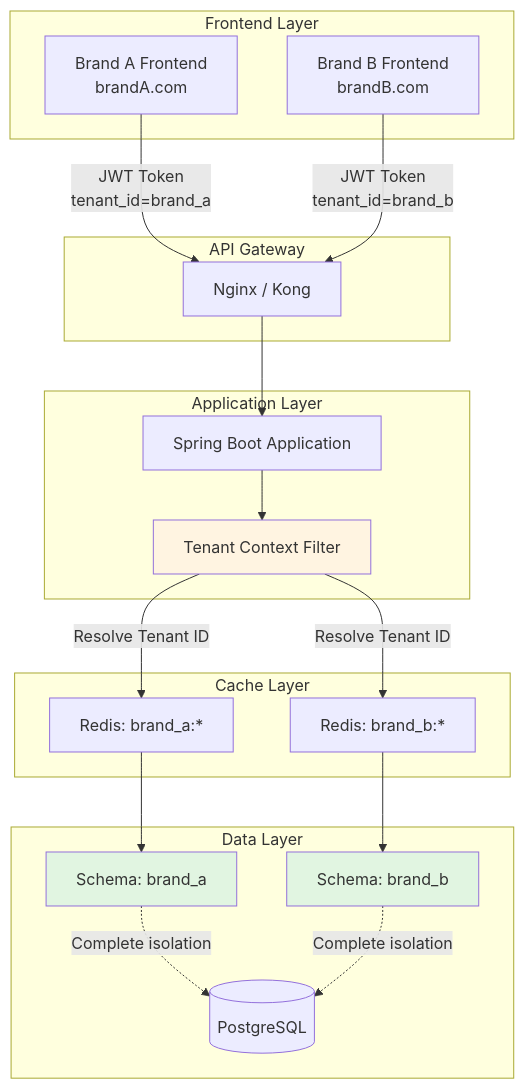
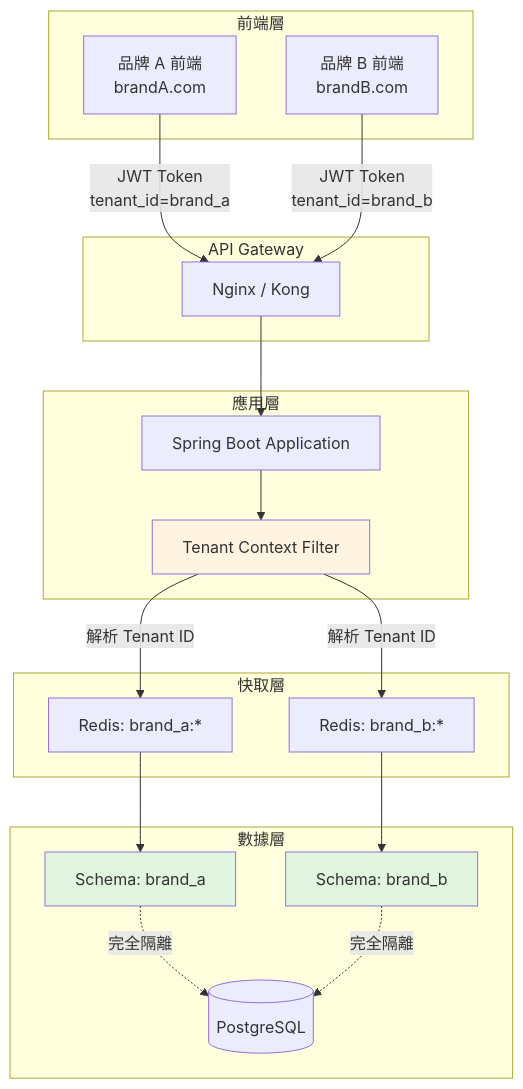
Before and after one commit to ron03wlb/smart-admin: the third of 3 diagrams in docs/iGaming/architecture/00_Overview/Business_Logic_Flows.md, drawn with Mermaid. The commit also changed other lines of this file, not shown here.

````diff
--- a/docs/iGaming/architecture/00_Overview/Business_Logic_Flows.md
+++ b/docs/iGaming/architecture/00_Overview/Business_Logic_Flows.md
@@ -530,46 +530,46 @@
 ```mermaid
 flowchart TD
-    subgraph "Frontend Layer"
-        A1[Brand A Frontend<br/>brandA.com]
-        A2[Brand B Frontend<br/>brandB.com]
+    subgraph "前端層"
+        A1[品牌 A 前端<br/>brandA.com]
+        A2[品牌 B 前端<br/>brandB.com]
     end
 
     subgraph "API Gateway"
         B[Nginx / Kong]
     end
 
-    subgraph "Application Layer"
+    subgraph "應用層"
         C[Spring Boot Application]
         D[Tenant Context Filter]
     end
 
-    subgraph "Cache Layer"
+    subgraph "快取層"
         E1[Redis: brand_a:*]
         E2[Redis: brand_b:*]
     end
 
-    subgraph "Data Layer"
+    subgraph "數據層"
         F[(PostgreSQL)]
         G[Schema: brand_a]
         H[Schema: brand_b]
     end
 
     A1 -->|JWT Token<br/>tenant_id=brand_a| B
     A2 -->|JWT Token<br/>tenant_id=brand_b| B
 
     B --> C
     C --> D
 
-    D -->|Resolve Tenant ID| E1
-    D -->|Resolve Tenant ID| E2
+    D -->|解析 Tenant ID| E1
+    D -->|解析 Tenant ID| E2
 
     E1 --> G
     E2 --> H
 
-    G -.->|Complete isolation| F
-    H -.->|Complete isolation| F
+    G -.->|完全隔離| F
+    H -.->|完全隔離| F
 
     style D fill:#fff4e1
     style G fill:#e1f5e1
     style H fill:#e1f5e1
 ```
````
